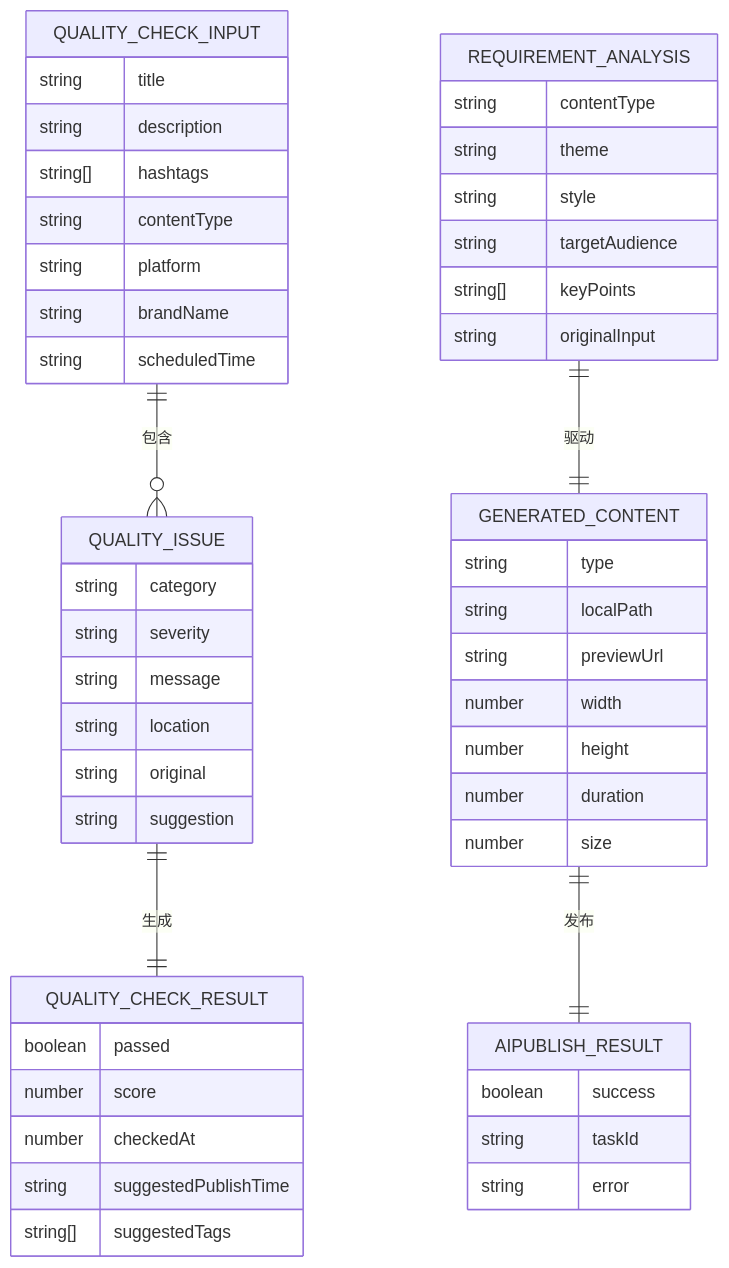
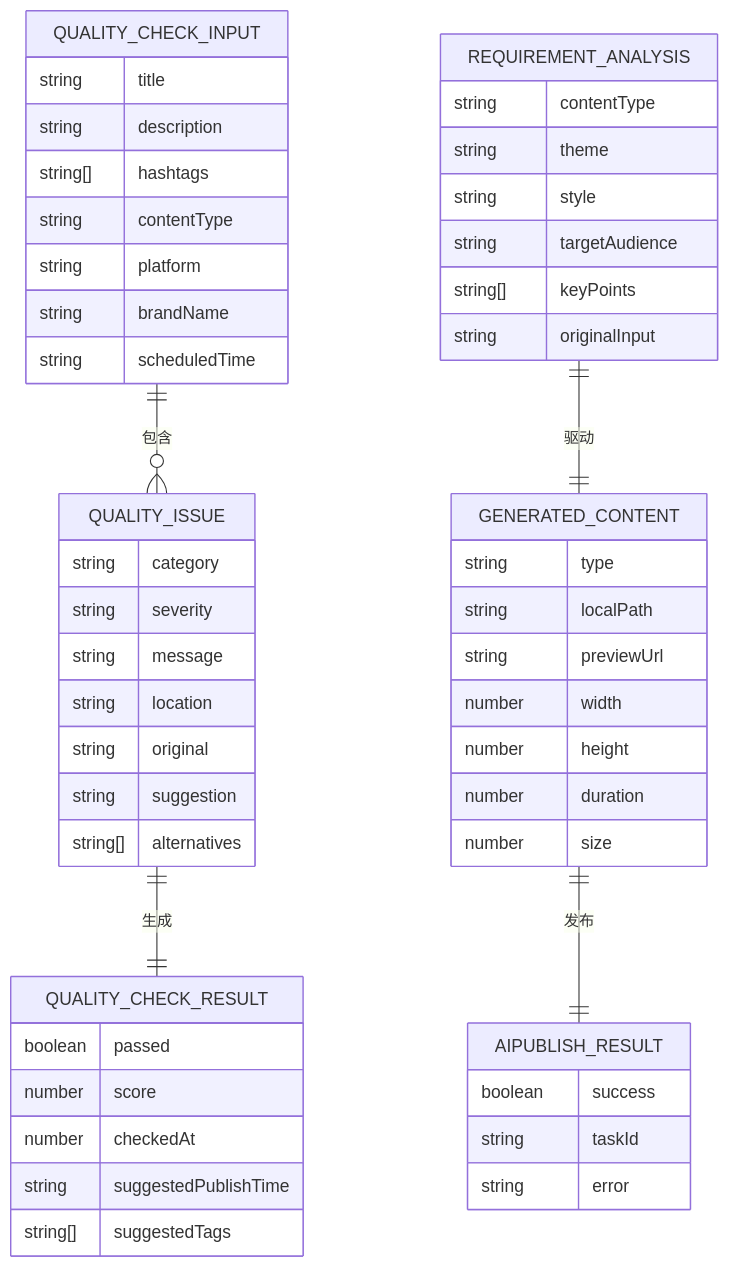
Before and after one commit to songdiyang/clawOperations: the seventh of 8 diagrams in .qoder/repowiki/zh/content/核心模块详解/内容质量检查系统.md, drawn with Mermaid. The commit also changed other lines of this file and 8 other files, not shown here.

````diff
--- a/.qoder/repowiki/zh/content/核心模块详解/内容质量检查系统.md
+++ b/.qoder/repowiki/zh/content/核心模块详解/内容质量检查系统.md
@@ -272,53 +408,54 @@
 ```mermaid
 erDiagram
 QUALITY_CHECK_INPUT {
 string title
 string description
 string[] hashtags
 string contentType
 string platform
 string brandName
 string scheduledTime
 }
 QUALITY_CHECK_RESULT {
 boolean passed
 number score
 number checkedAt
 string suggestedPublishTime
 string[] suggestedTags
 }
 QUALITY_ISSUE {
 string category
 string severity
 string message
 string location
 string original
 string suggestion
+string[] alternatives
 }
 REQUIREMENT_ANALYSIS {
 string contentType
 string theme
 string style
 string targetAudience
 string[] keyPoints
 string originalInput
 }
 GENERATED_CONTENT {
 string type
 string localPath
 string previewUrl
 number width
 number height
 number duration
 number size
 }
 AIPUBLISH_RESULT {
 boolean success
 string taskId
 string error
 }
 QUALITY_CHECK_INPUT ||--o{ QUALITY_ISSUE : "包含"
 QUALITY_ISSUE ||--|| QUALITY_CHECK_RESULT : "生成"
 REQUIREMENT_ANALYSIS ||--|| GENERATED_CONTENT : "驱动"
 GENERATED_CONTENT ||--|| AIPUBLISH_RESULT : "发布"
 ```
````
